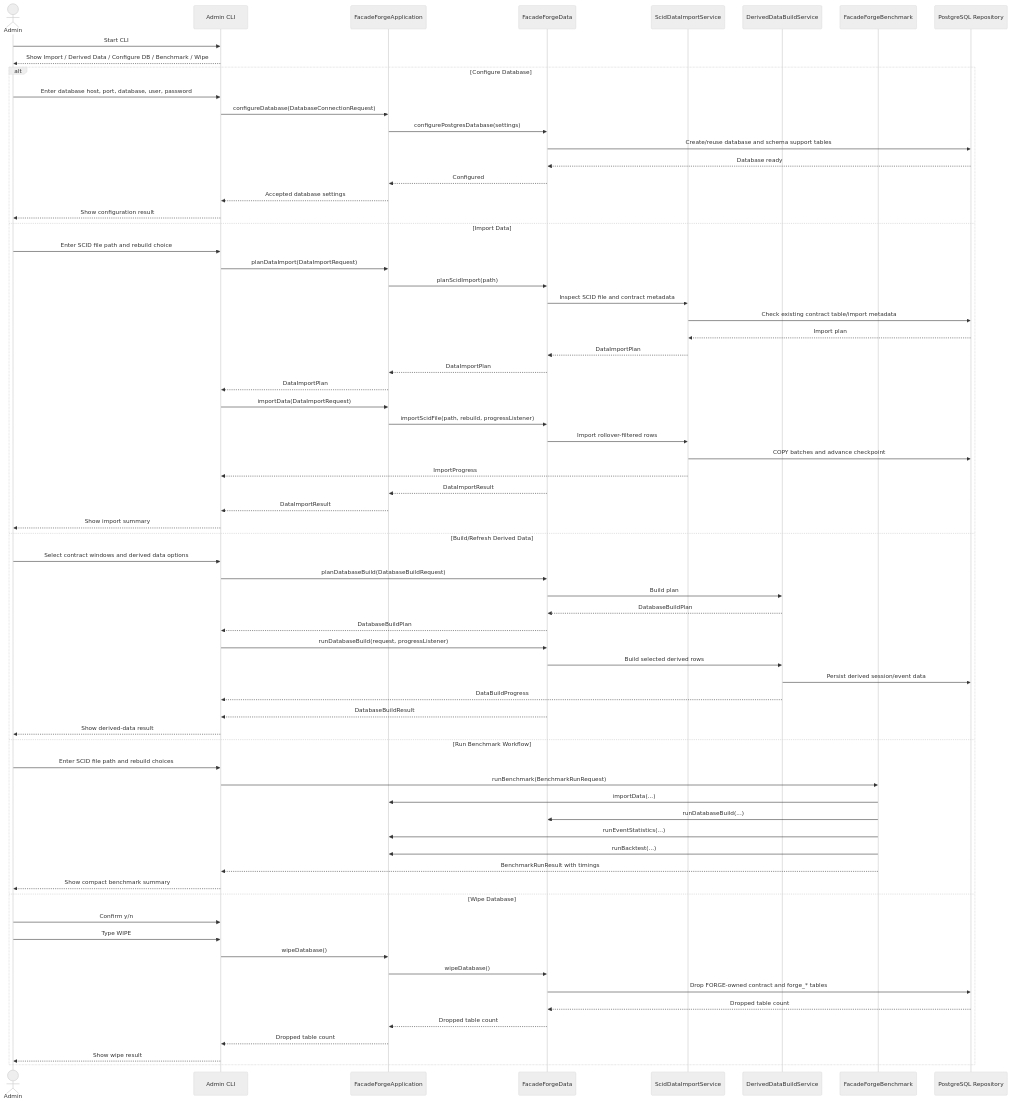
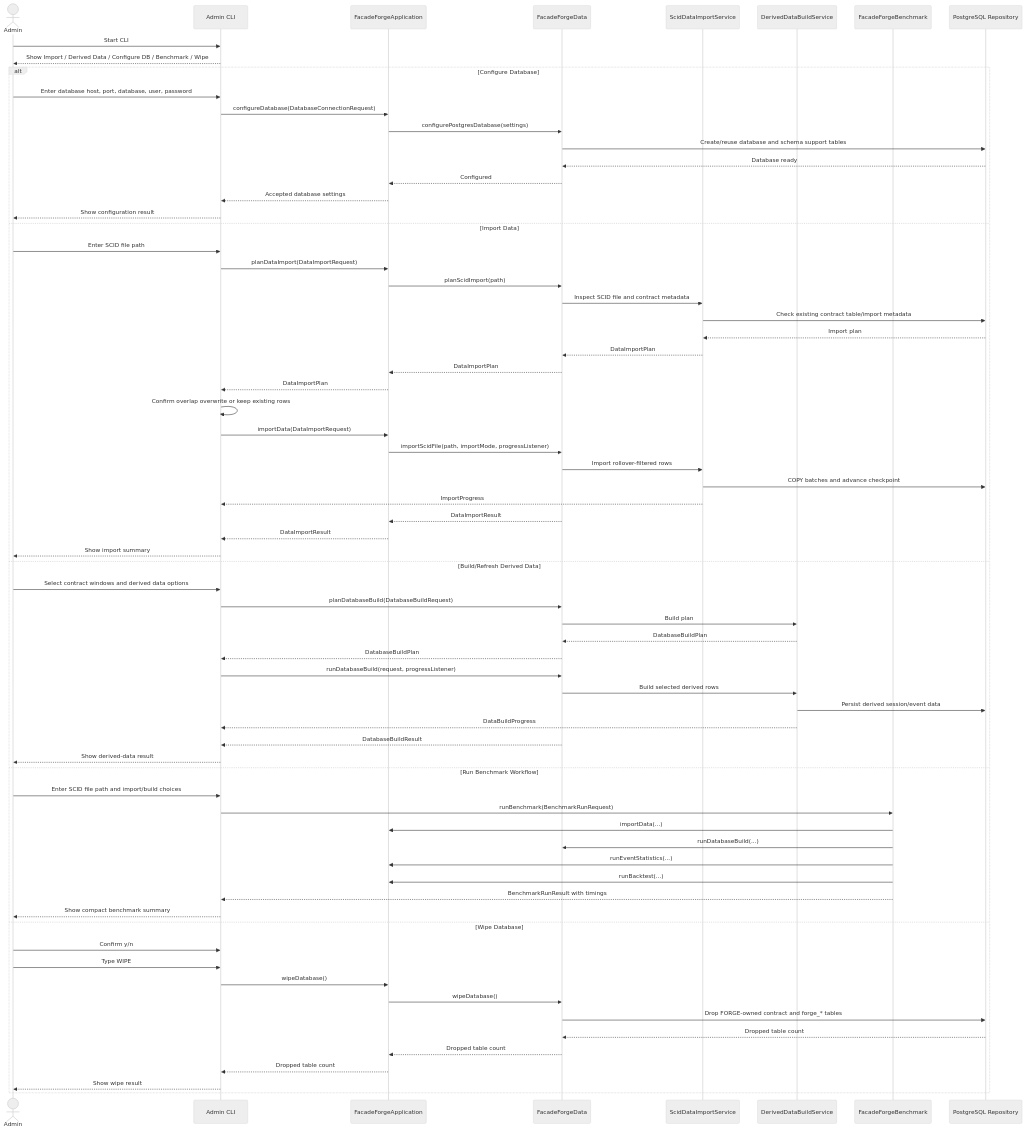
Before and after one commit to probst-paul/FORGE: the third of 3 diagrams in docs/diagrams/workflow-sequences.md, drawn with Mermaid (neutral theme). The commit also changed other lines of this file and 4 other files, not shown here.

First line of the commit message:
Update docs diagrams for import, DB, and UI changes

````diff
--- a/docs/diagrams/workflow-sequences.md
+++ b/docs/diagrams/workflow-sequences.md
@@ -167,74 +182,75 @@
 ```mermaid
 sequenceDiagram
     actor Admin
     participant CLI as Admin CLI
     participant App as FacadeForgeApplication
     participant Data as FacadeForgeData
     participant Importer as ScidDataImportService
     participant Builder as DerivedDataBuildService
     participant Benchmark as FacadeForgeBenchmark
     participant Repo as PostgreSQL Repository
 
     Admin->>CLI: Start CLI
     CLI-->>Admin: Show Import / Derived Data / Configure DB / Benchmark / Wipe
 
     alt Configure Database
         Admin->>CLI: Enter database host, port, database, user, password
         CLI->>App: configureDatabase(DatabaseConnectionRequest)
         App->>Data: configurePostgresDatabase(settings)
         Data->>Repo: Create/reuse database and schema support tables
         Repo-->>Data: Database ready
         Data-->>App: Configured
         App-->>CLI: Accepted database settings
         CLI-->>Admin: Show configuration result
     else Import Data
-        Admin->>CLI: Enter SCID file path and rebuild choice
+        Admin->>CLI: Enter SCID file path
         CLI->>App: planDataImport(DataImportRequest)
         App->>Data: planScidImport(path)
         Data->>Importer: Inspect SCID file and contract metadata
         Importer->>Repo: Check existing contract table/import metadata
         Repo-->>Importer: Import plan
         Importer-->>Data: DataImportPlan
         Data-->>App: DataImportPlan
         App-->>CLI: DataImportPlan
+        CLI->>CLI: Confirm overlap overwrite or keep existing rows
         CLI->>App: importData(DataImportRequest)
-        App->>Data: importScidFile(path, rebuild, progressListener)
+        App->>Data: importScidFile(path, importMode, progressListener)
         Data->>Importer: Import rollover-filtered rows
         Importer->>Repo: COPY batches and advance checkpoint
         Importer-->>CLI: ImportProgress
         Data-->>App: DataImportResult
         App-->>CLI: DataImportResult
         CLI-->>Admin: Show import summary
     else Build/Refresh Derived Data
         Admin->>CLI: Select contract windows and derived data options
         CLI->>Data: planDatabaseBuild(DatabaseBuildRequest)
         Data->>Builder: Build plan
         Builder-->>Data: DatabaseBuildPlan
         Data-->>CLI: DatabaseBuildPlan
         CLI->>Data: runDatabaseBuild(request, progressListener)
         Data->>Builder: Build selected derived rows
         Builder->>Repo: Persist derived session/event data
         Builder-->>CLI: DataBuildProgress
         Data-->>CLI: DatabaseBuildResult
         CLI-->>Admin: Show derived-data result
     else Run Benchmark Workflow
-        Admin->>CLI: Enter SCID file path and rebuild choices
+        Admin->>CLI: Enter SCID file path and import/build choices
         CLI->>Benchmark: runBenchmark(BenchmarkRunRequest)
         Benchmark->>App: importData(...)
         Benchmark->>Data: runDatabaseBuild(...)
         Benchmark->>App: runEventStatistics(...)
         Benchmark->>App: runBacktest(...)
         Benchmark-->>CLI: BenchmarkRunResult with timings
         CLI-->>Admin: Show compact benchmark summary
     else Wipe Database
         Admin->>CLI: Confirm y/n
         Admin->>CLI: Type WIPE
         CLI->>App: wipeDatabase()
         App->>Data: wipeDatabase()
         Data->>Repo: Drop FORGE-owned contract and forge_* tables
         Repo-->>Data: Dropped table count
         Data-->>App: Dropped table count
         App-->>CLI: Dropped table count
         CLI-->>Admin: Show wipe result
     end
 ```
````
